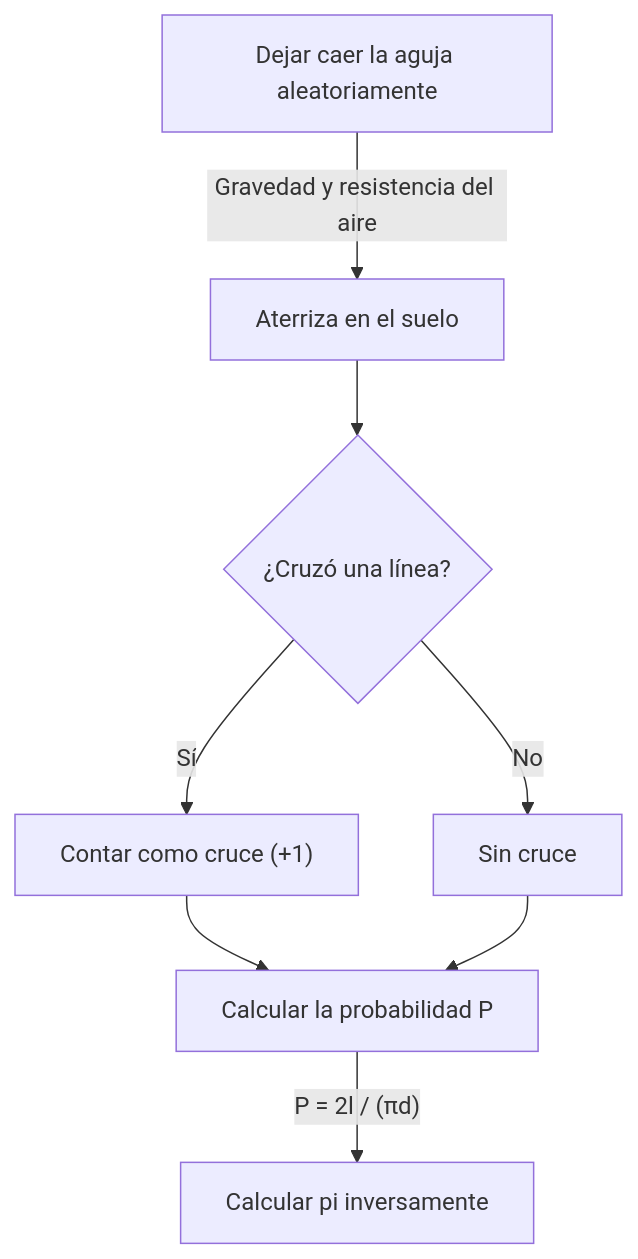
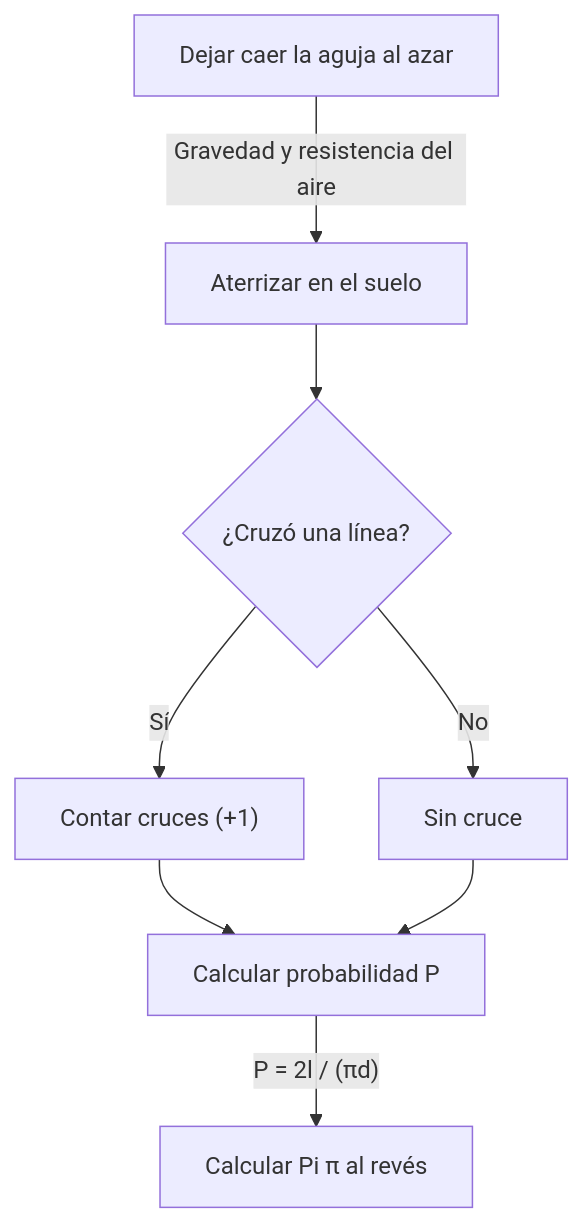
The diagram in content/post/buffons-needle/index.es.md (kenjinote/blog), drawn with Mermaid before and after one commit. The commit also changed other lines of this file and 97 other files, not shown here.

````diff
--- a/content/post/buffons-needle/index.es.md
+++ b/content/post/buffons-needle/index.es.md
@@ -36,10 +36,10 @@
 ```mermaid
 graph TD
-    A["Dejar caer la aguja aleatoriamente"] -->|"Gravedad y resistencia del aire"| B["Aterriza en el suelo"]
+    A["Dejar caer la aguja al azar"] -->|"Gravedad y resistencia del aire"| B["Aterrizar en el suelo"]
     B --> C{"¿Cruzó una línea?"}
-    C -->|"Sí"| D["Contar como cruce (+1)"]
+    C -->|"Sí"| D["Contar cruces (+1)"]
     C -->|"No"| E["Sin cruce"]
-    D --> F["Calcular la probabilidad P"]
+    D --> F["Calcular probabilidad P"]
     E --> F
-    F -->|"P = 2l / (πd)"| G["Calcular pi inversamente"]
+    F -->|"P = 2l / (πd)"| G["Calcular Pi π al revés"]
 ```
````
